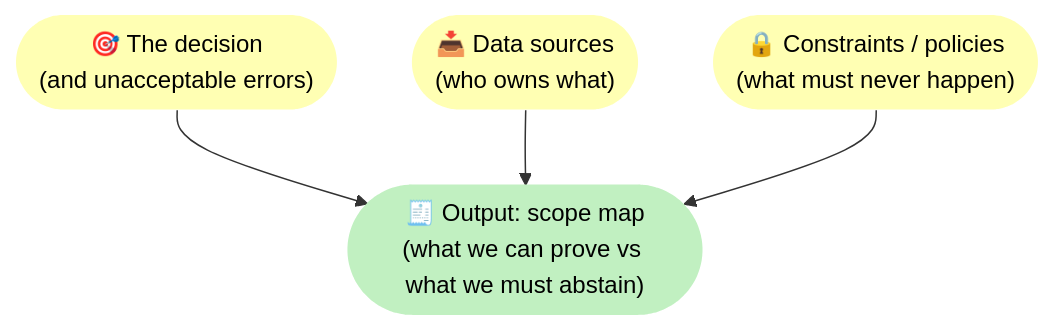
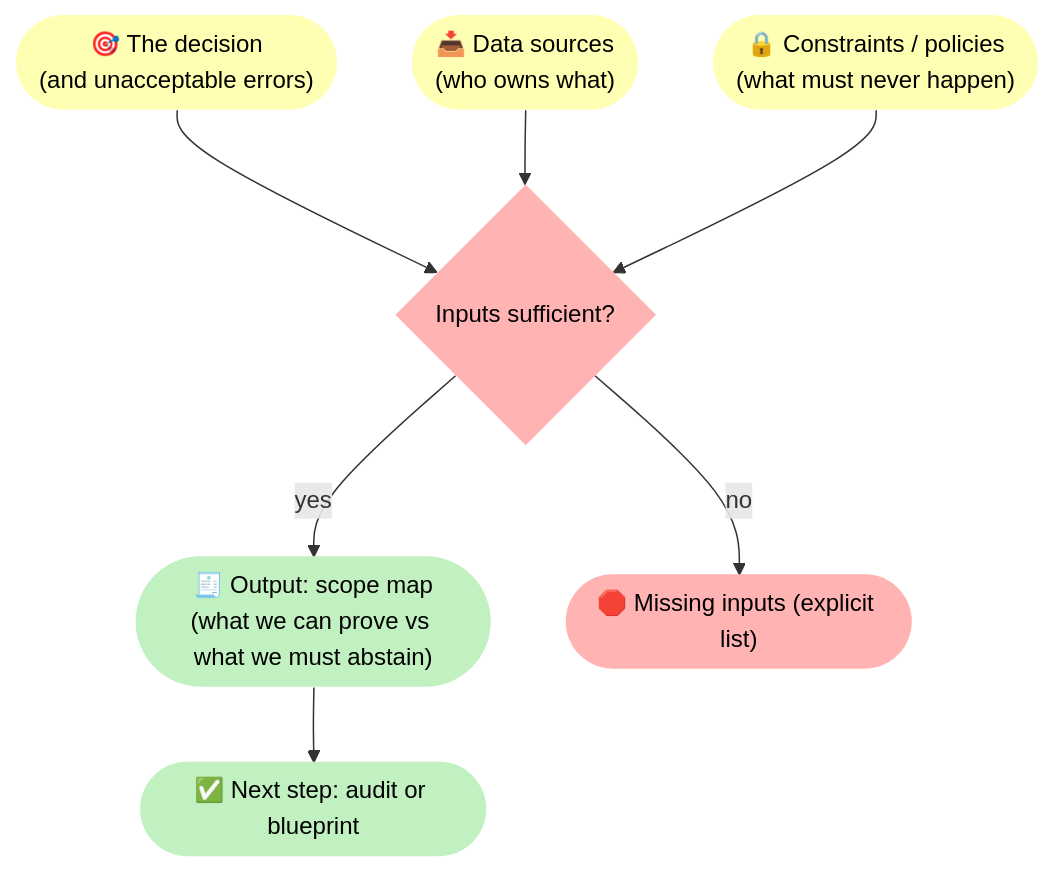
Before and after one commit to 5Reasons/5reasons.github.io: the second of 2 diagrams in docs/services/start.md, drawn with Mermaid. The commit also changed other lines of this file and 11 other files, not shown here.

````diff
--- a/docs/services/start.md
+++ b/docs/services/start.md
@@ -106,23 +106,30 @@
 ```mermaid
 flowchart TB
 %% Styles (brModel Standard)
 classDef i fill:#D3D3D3,stroke-width:0px,color:#000;
 classDef p fill:#B3D9FF,stroke-width:0px,color:#000;
 classDef r fill:#FFFFB3,stroke-width:0px,color:#000;
 classDef o fill:#C1F0C1,stroke-width:0px,color:#000;
 classDef s fill:#FFB3B3,stroke-width:0px,color:#000;
 
 R_Dec(["🎯 The decision<br>(and unacceptable errors)"]):::r
 R_Data(["📥 Data sources<br>(who owns what)"]):::r
 R_Pol(["🔒 Constraints / policies<br>(what must never happen)"]):::r
 
 O_Map(["🧾 Output: scope map<br>(what we can prove vs what we must abstain)"]):::o
 
-R_Dec --> O_Map
-R_Data --> O_Map
-R_Pol --> O_Map
+G_Min{"Inputs sufficient?"}:::s
+S_Miss(["🛑 Missing inputs (explicit list)"]):::s
+O_Next(["✅ Next step: audit or blueprint"]):::o
+
+R_Dec --> G_Min
+R_Data --> G_Min
+R_Pol --> G_Min
+
+G_Min -->|"no"| S_Miss
+G_Min -->|"yes"| O_Map --> O_Next
 
 %% Clickable nodes
 click R_Pol "/methodology/constraints/" "Constraints & SHACL"
 click O_Map "/services/epistemic-audit/" "Epistemic Audit"
 ```
````
